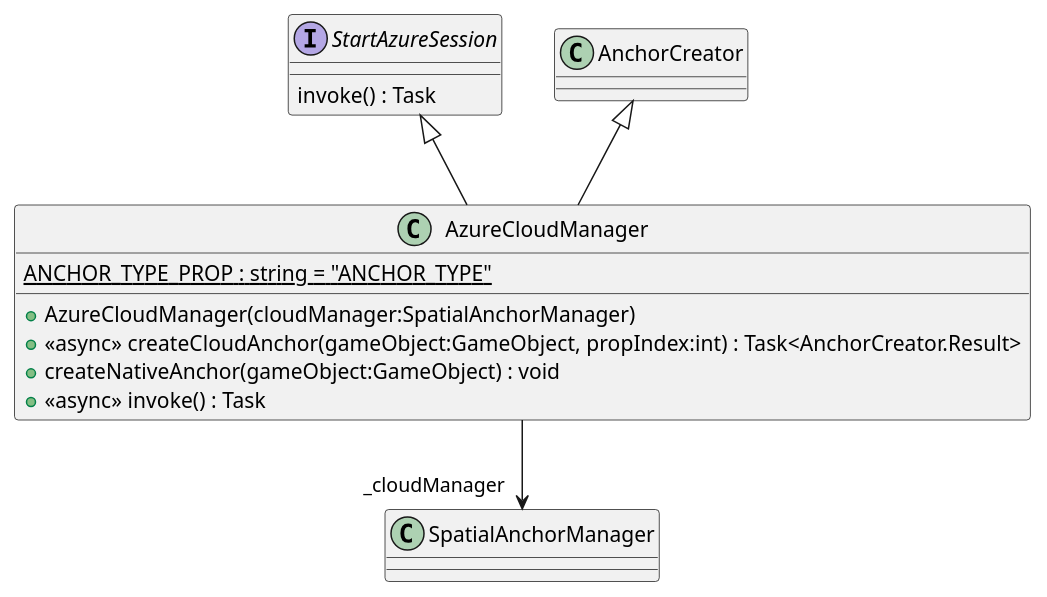
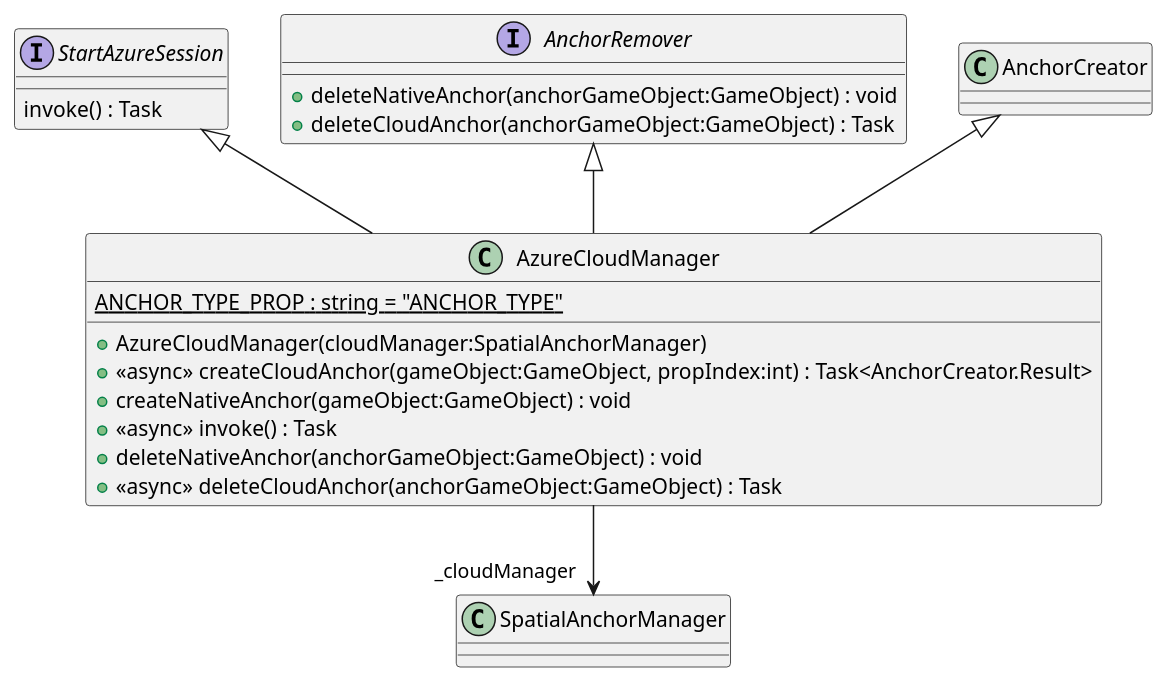
The diagram in UML/Assets/Scripts/AzureCloudManager.puml (DeNatur/ProductionFloorVisualization), drawn with PlantUML before and after one commit. The commit also changed 5 other files, not shown here.

Commit message:
Generate UML (Generate UML)

```diff
--- a/UML/Assets/Scripts/AzureCloudManager.puml
+++ b/UML/Assets/Scripts/AzureCloudManager.puml
@@ -1,15 +1,22 @@
 @startuml
 interface StartAzureSession {
     invoke() : Task
+}
+interface AnchorRemover {
+    + deleteNativeAnchor(anchorGameObject:GameObject) : void
+    + deleteCloudAnchor(anchorGameObject:GameObject) : Task
 }
 class AzureCloudManager {
     {static} ANCHOR_TYPE_PROP : string = "ANCHOR_TYPE"
     + AzureCloudManager(cloudManager:SpatialAnchorManager)
     + <<async>> createCloudAnchor(gameObject:GameObject, propIndex:int) : Task<AnchorCreator.Result>
     + createNativeAnchor(gameObject:GameObject) : void
     + <<async>> invoke() : Task
+    + deleteNativeAnchor(anchorGameObject:GameObject) : void
+    + <<async>> deleteCloudAnchor(anchorGameObject:GameObject) : Task
 }
 AnchorCreator <|-- AzureCloudManager
 StartAzureSession <|-- AzureCloudManager
+AnchorRemover <|-- AzureCloudManager
 AzureCloudManager --> "_cloudManager" SpatialAnchorManager
 @enduml
```
